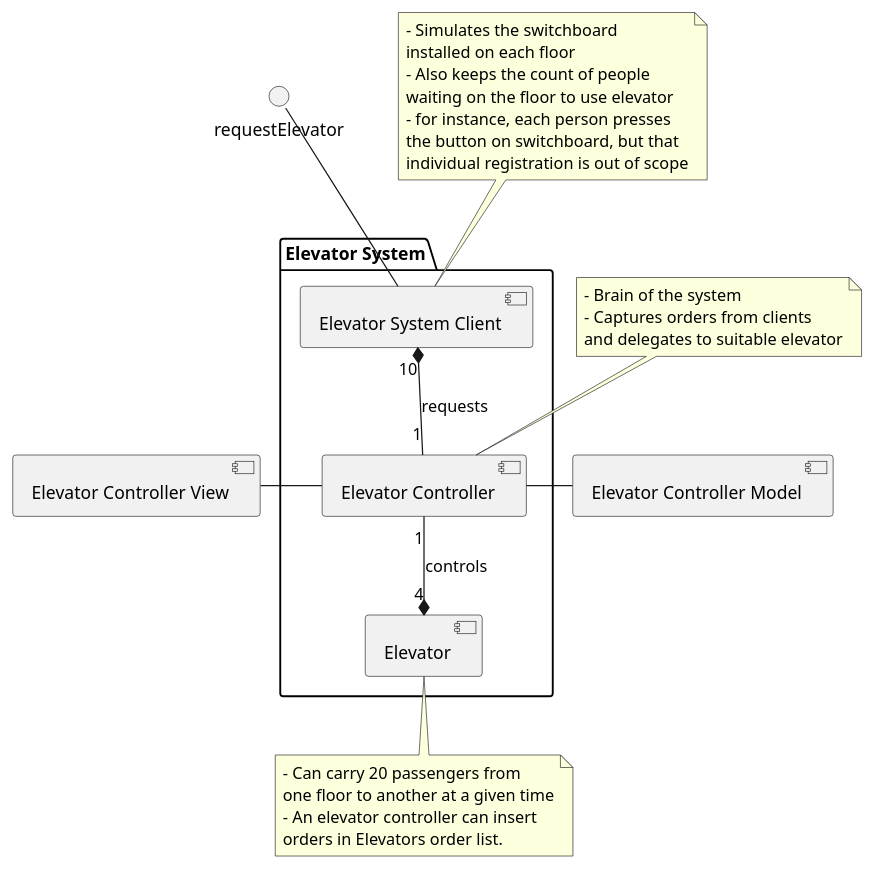
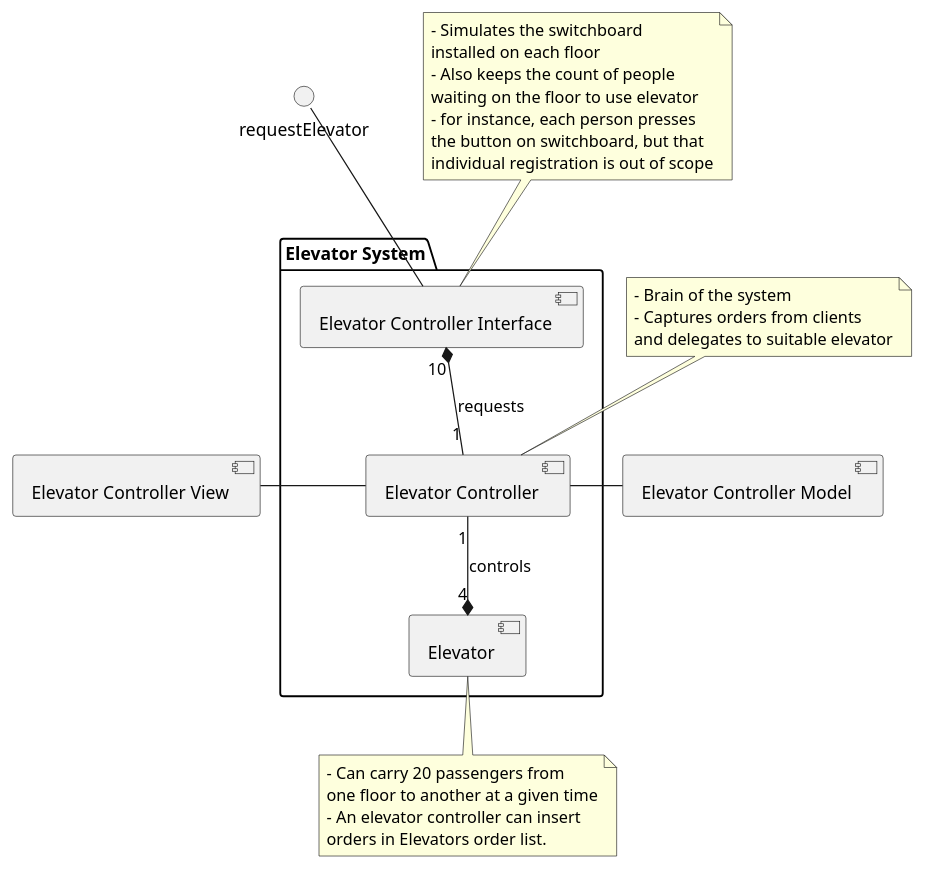
Before and after one commit to nabsha/ascender: the diagram in src/main/docs/ComponentDiagram.puml, drawn with PlantUML. The commit also changed 11 other files, not shown here.

```diff
--- a/src/main/docs/ComponentDiagram.puml
+++ b/src/main/docs/ComponentDiagram.puml
@@ -1,42 +1,42 @@
 @startuml
 
 package "Elevator System" {
-[Elevator System Client] as ECC
+[Elevator Controller Interface] as ECC
 [Elevator Controller] as EC
 [Elevator] as E
 
 ECC "10" *-- "1" EC : requests
 EC "1" --* "4" E : controls
 }
 requestElevator -- ECC
 
 [Elevator Controller View] as ECV
 EC -left- ECV
 
 [Elevator Controller Model] as ECM
 EC -right- ECM
 
 
 note bottom of E
  - Can carry 20 passengers from
  one floor to another at a given time
  - An elevator controller can insert
  orders in Elevators order list.
 end note
 
 note top of EC
   - Brain of the system
   - Captures orders from clients
   and delegates to suitable elevator
 end note
 
 note top of ECC
   - Simulates the switchboard
   installed on each floor
   - Also keeps the count of people
   waiting on the floor to use elevator
   - for instance, each person presses
   the button on switchboard, but that
   individual registration is out of scope
 end note
 @enduml
```
